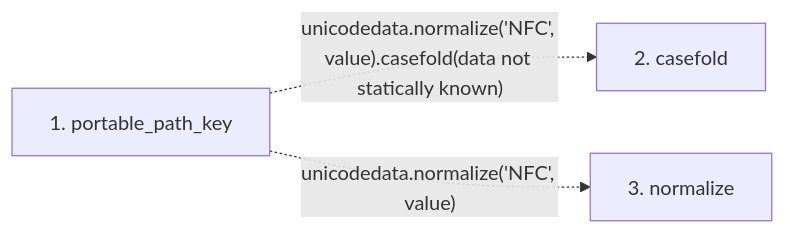
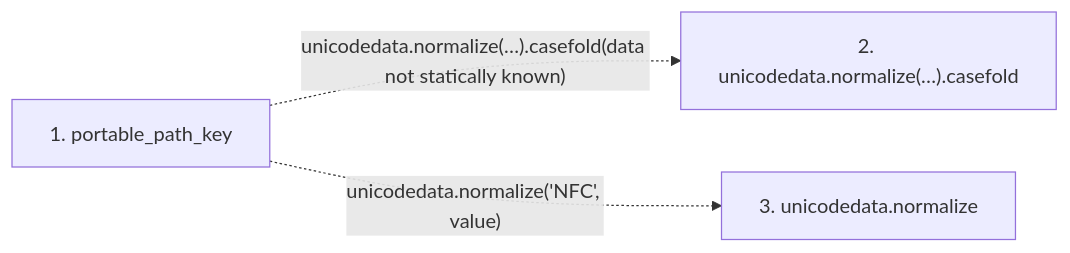
The second of 2 diagrams in docs/llm_wiki/flows/api-portable_path_key.md (Denissvgn/python-wiki-llm), drawn with Mermaid before and after one commit. The commit also changed other lines of this file and 719 other files, not shown here.

````diff
--- a/docs/llm_wiki/flows/api-portable_path_key.md
+++ b/docs/llm_wiki/flows/api-portable_path_key.md
@@ -22,9 +22,9 @@
 ```mermaid
 flowchart LR
     s1["1. portable_path_key"]
-    s2["2. casefold"]
-    s3["3. normalize"]
-    s1 -. "unicodedata.normalize('NFC', value).casefold(data not statically known)" .-> s2
+    s2["2. unicodedata.normalize(…).casefold"]
+    s3["3. unicodedata.normalize"]
+    s1 -. "unicodedata.normalize(…).casefold(data not statically known)" .-> s2
     s1 -. "unicodedata.normalize('NFC', value)" .-> s3
     click s1 "../modules/validation.md"
 ```
````
